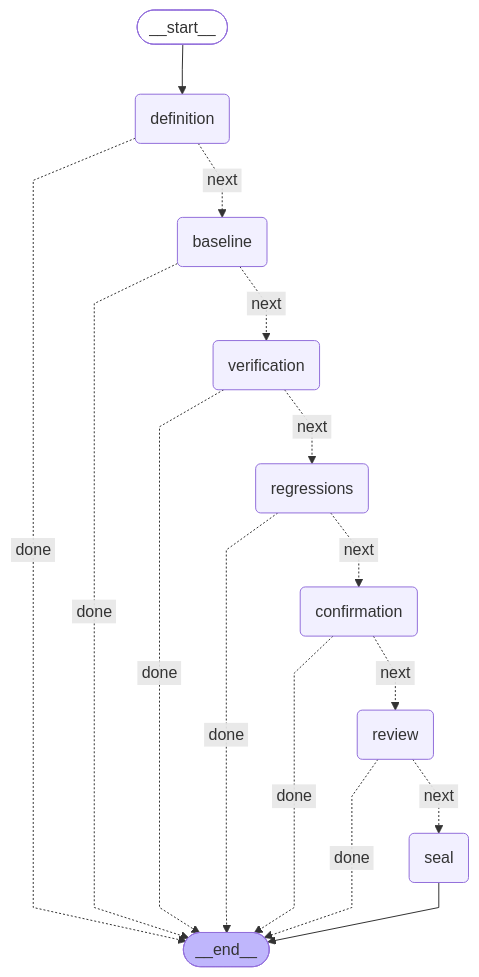
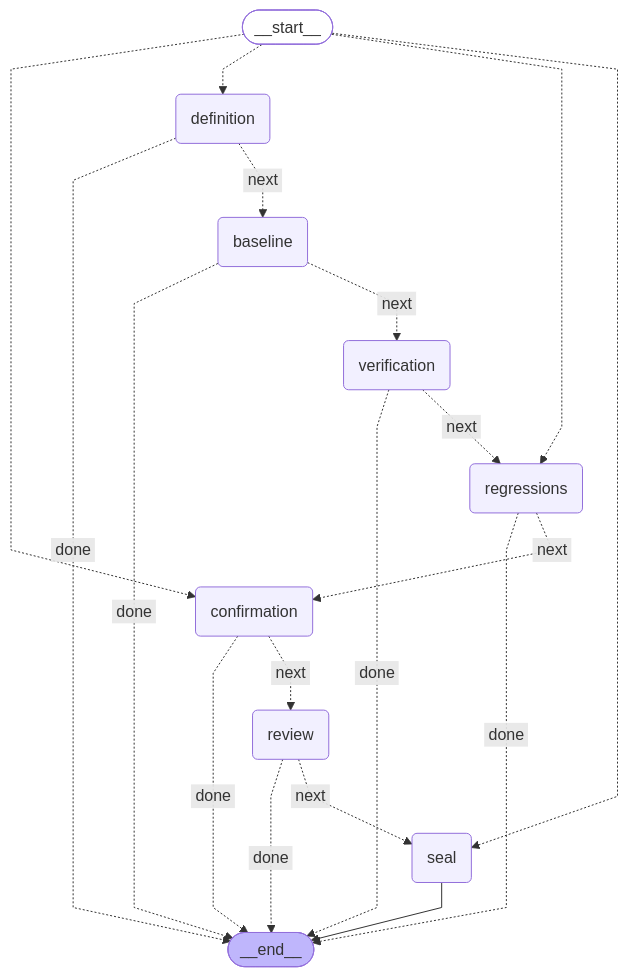
Before and after one commit to Ling-ye/AgentStrata: the second of 4 diagrams in specs/harness-langgraph/graphs.md, drawn with Mermaid. The commit also changed 38 other files, not shown here.

````diff
--- a/specs/harness-langgraph/graphs.md
+++ b/specs/harness-langgraph/graphs.md
@@ -80,34 +80,37 @@
 ```mermaid
 ---
 config:
   flowchart:
     curve: linear
 ---
 graph TD;
 	__start__([<p>__start__</p>]):::first
 	definition(definition)
 	baseline(baseline)
 	verification(verification)
 	regressions(regressions)
 	confirmation(confirmation)
 	review(review)
 	seal(seal)
 	__end__([<p>__end__</p>]):::last
-	__start__ --> definition;
+	__start__ -.-> confirmation;
+	__start__ -.-> definition;
+	__start__ -.-> regressions;
+	__start__ -.-> seal;
 	baseline -. &nbsp;done&nbsp; .-> __end__;
 	baseline -. &nbsp;next&nbsp; .-> verification;
 	confirmation -. &nbsp;done&nbsp; .-> __end__;
 	confirmation -. &nbsp;next&nbsp; .-> review;
 	definition -. &nbsp;done&nbsp; .-> __end__;
 	definition -. &nbsp;next&nbsp; .-> baseline;
 	regressions -. &nbsp;done&nbsp; .-> __end__;
 	regressions -. &nbsp;next&nbsp; .-> confirmation;
 	review -. &nbsp;done&nbsp; .-> __end__;
 	review -. &nbsp;next&nbsp; .-> seal;
 	verification -. &nbsp;done&nbsp; .-> __end__;
 	verification -. &nbsp;next&nbsp; .-> regressions;
 	seal --> __end__;
 	classDef default fill:#f2f0ff,line-height:1.2
 	classDef first fill-opacity:0
 	classDef last fill:#bfb6fc
 ```
````
